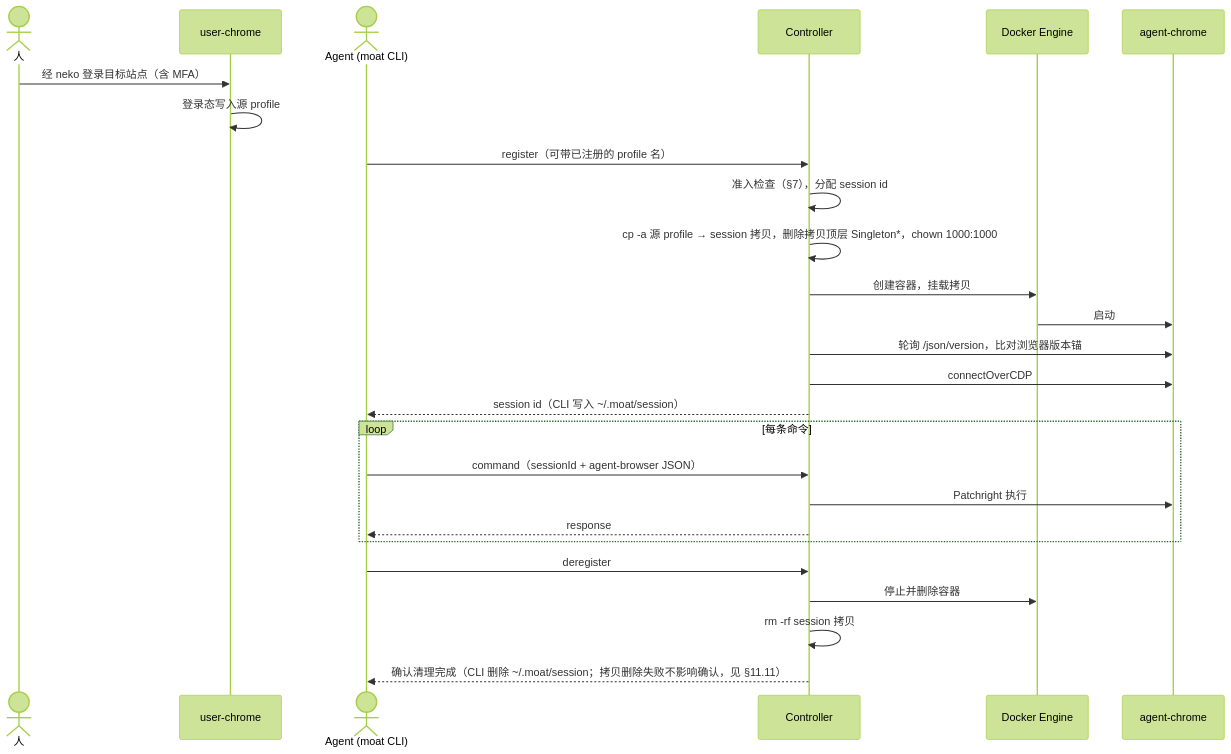
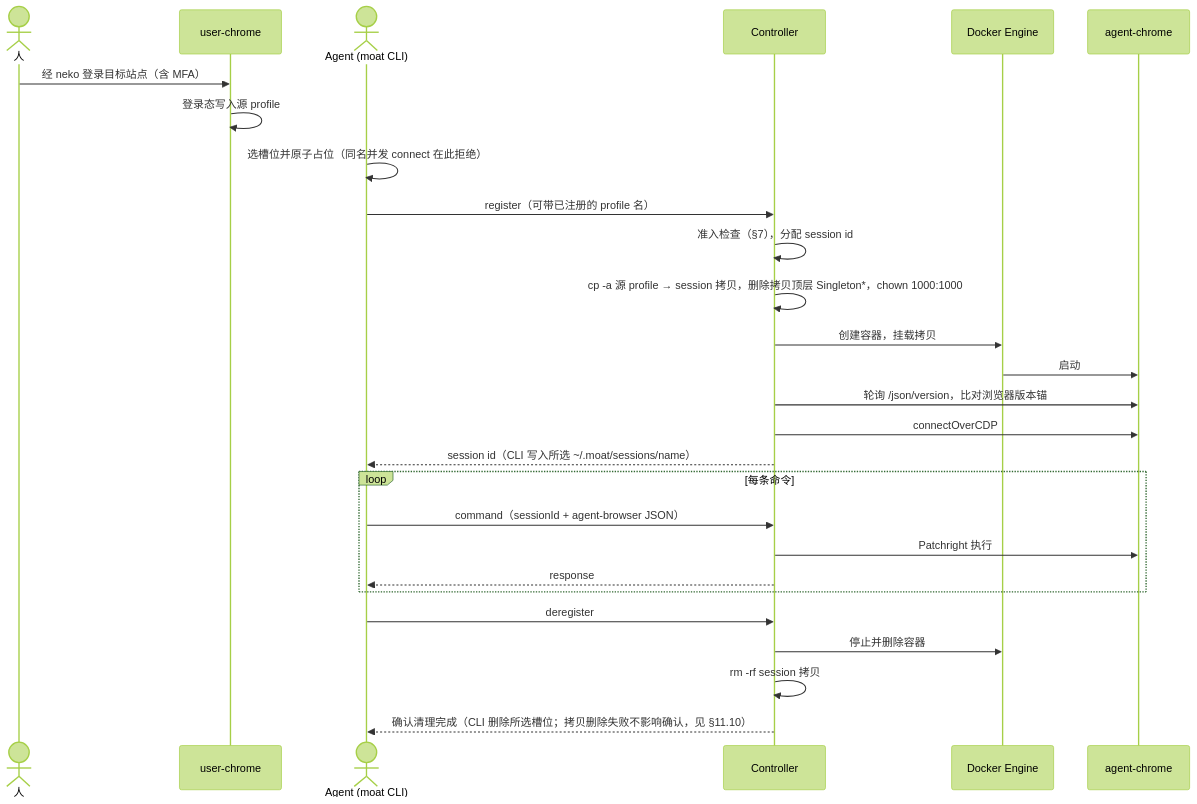
Before and after one commit to mouriya-s-lab/moat-browser: the second of 3 diagrams in README.md, drawn with Mermaid (forest theme). The commit also changed other lines of this file and 11 other files, not shown here.

First line of the commit message:
fix: isolate named CLI session slots (#296)

````diff
--- a/README.md
+++ b/README.md
@@ -125,29 +125,30 @@
 ```mermaid
 sequenceDiagram
     actor Human as 人
     participant U as user-chrome
     actor A as Agent (moat CLI)
     participant C as Controller
     participant D as Docker Engine
     participant B as agent-chrome
 
     Human->>U: 经 neko 登录目标站点（含 MFA）
     U->>U: 登录态写入源 profile
+    A->>A: 选槽位并原子占位（同名并发 connect 在此拒绝）
     A->>C: register（可带已注册的 profile 名）
     C->>C: 准入检查（§7），分配 session id
     C->>C: cp -a 源 profile → session 拷贝，删除拷贝顶层 Singleton*，chown 1000:1000
     C->>D: 创建容器，挂载拷贝
     D->>B: 启动
     C->>B: 轮询 /json/version，比对浏览器版本锚
     C->>B: connectOverCDP
-    C-->>A: session id（CLI 写入 ~/.moat/session）
+    C-->>A: session id（CLI 写入所选 ~/.moat/sessions/name）
     loop 每条命令
         A->>C: command（sessionId + agent-browser JSON）
         C->>B: Patchright 执行
         C-->>A: response
     end
     A->>C: deregister
     C->>D: 停止并删除容器
     C->>C: rm -rf session 拷贝
-    C-->>A: 确认清理完成（CLI 删除 ~/.moat/session；拷贝删除失败不影响确认，见 §11.11）
+    C-->>A: 确认清理完成（CLI 删除所选槽位；拷贝删除失败不影响确认，见 §11.10）
 ```
````
